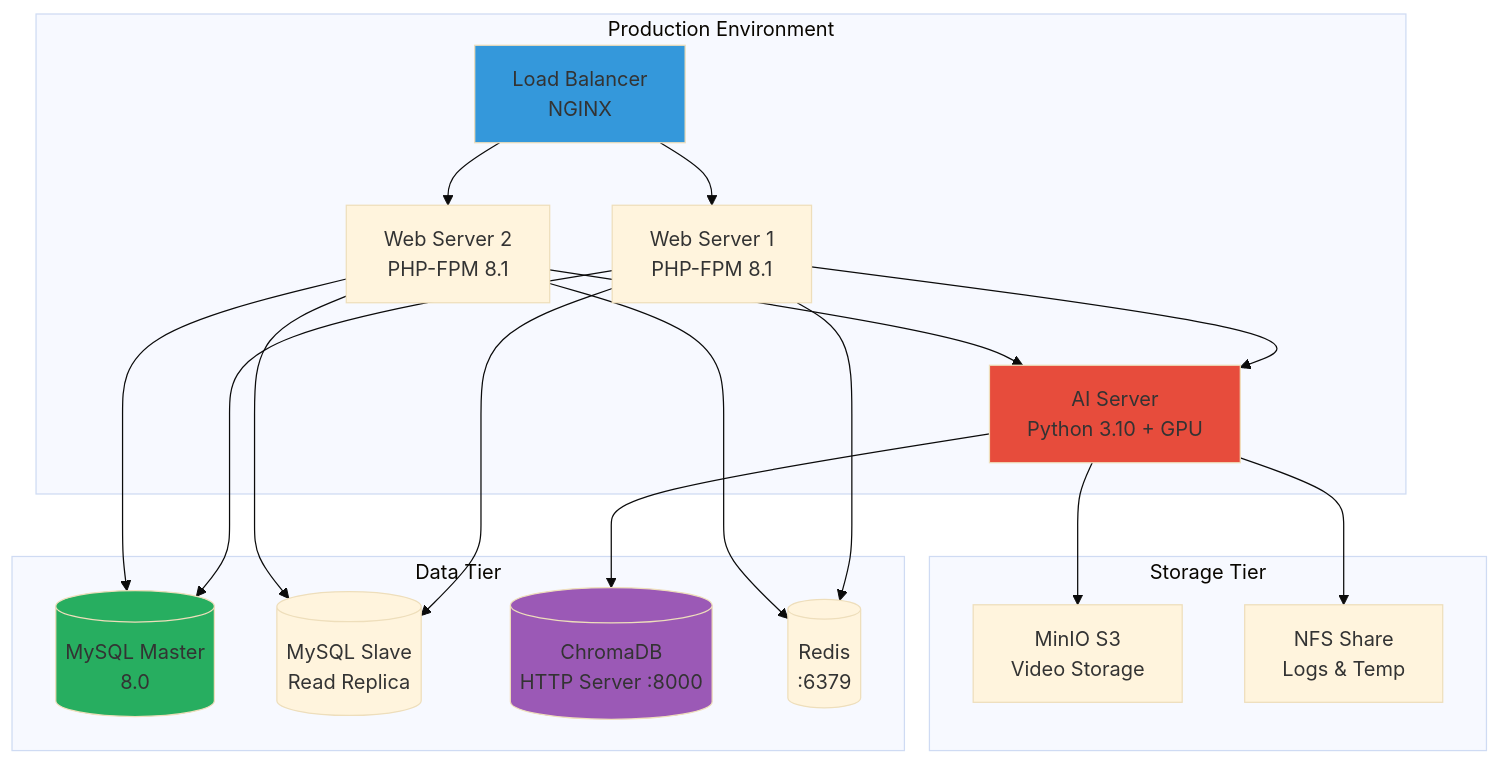
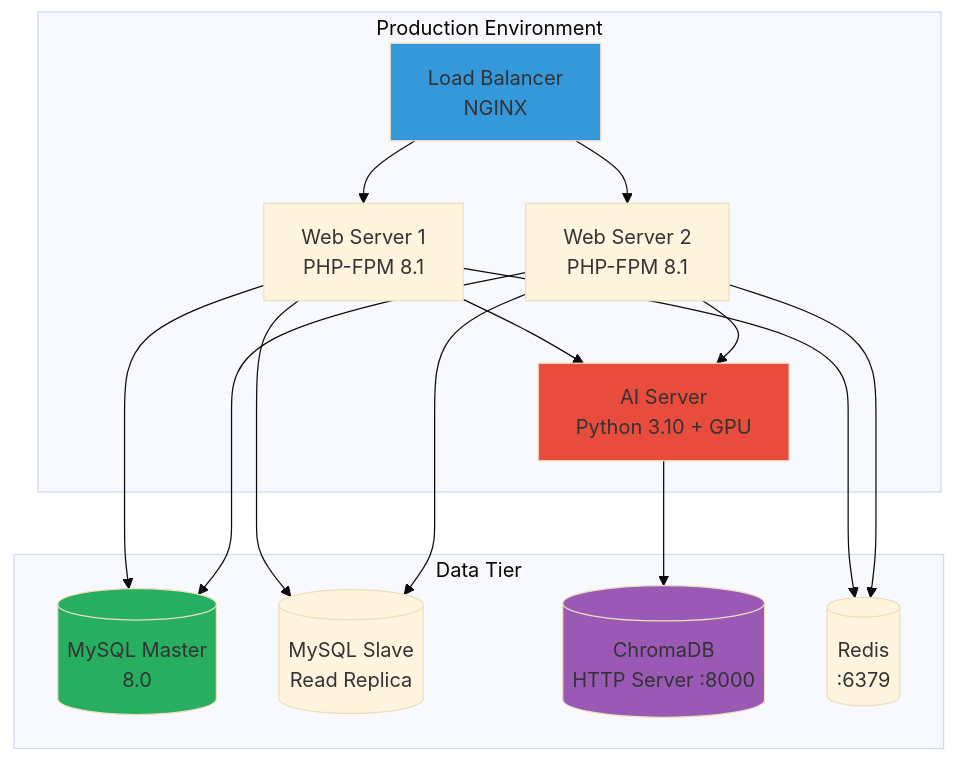
The third of 12 diagrams in doc/TAI_LIEU_CHAM_CONG.md (iuh21004175/EPIC--Theater-chain-management-system-NGINX-), drawn with Mermaid (base theme) before and after one commit. The commit also changed other lines of this file, not shown here.

````diff
--- a/doc/TAI_LIEU_CHAM_CONG.md
+++ b/doc/TAI_LIEU_CHAM_CONG.md
@@ -243,40 +236,33 @@
 ```mermaid
 graph TB
     subgraph "Production Environment"
         LB[Load Balancer<br/>NGINX]
         WEB1[Web Server 1<br/>PHP-FPM 8.1]
         WEB2[Web Server 2<br/>PHP-FPM 8.1]
         AI[AI Server<br/>Python 3.10 + GPU]
     end
     
     subgraph "Data Tier"
         DB[(MySQL Master<br/>8.0)]
         DBSLAVE[(MySQL Slave<br/>Read Replica)]
         CHROMA[(ChromaDB<br/>HTTP Server :8000)]
         REDIS[(Redis<br/>:6379)]
     end
     
-    subgraph "Storage Tier"
-        S3[MinIO S3<br/>Video Storage]
-        NFS[NFS Share<br/>Logs & Temp]
-    end
-    
     LB --> WEB1
     LB --> WEB2
     WEB1 --> DB
     WEB2 --> DB
     WEB1 --> DBSLAVE
     WEB2 --> DBSLAVE
     WEB1 --> AI
     WEB2 --> AI
     AI --> CHROMA
     WEB1 --> REDIS
     WEB2 --> REDIS
-    AI --> S3
-    AI --> NFS
     
     style LB fill:#3498db
     style AI fill:#e74c3c
     style DB fill:#27ae60
     style CHROMA fill:#9b59b6
 ```
````
